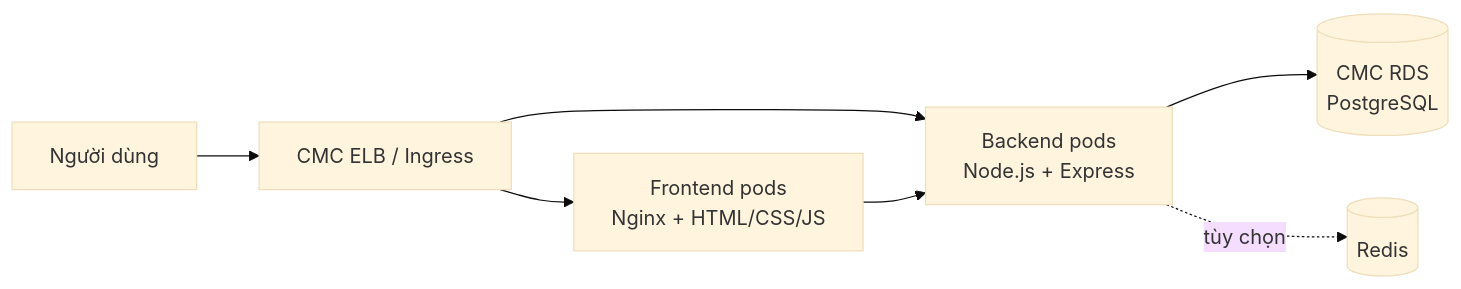
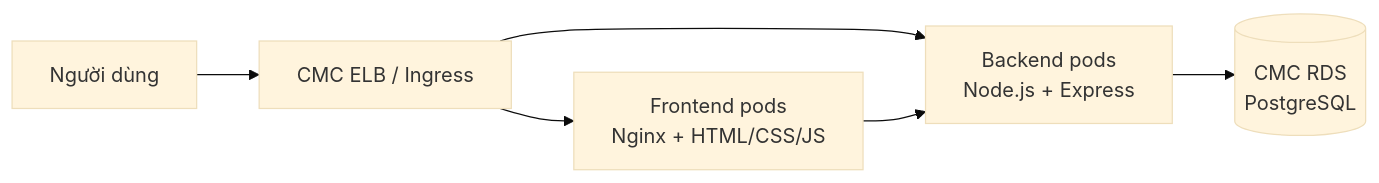
The diagram in README.md (zzzclone111/sport-booking), drawn with Mermaid (base theme) before and after one commit. The commit also changed other lines of this file and 1 other file, not shown here.

````diff
--- a/README.md
+++ b/README.md
@@ -9,9 +5,8 @@
 ```mermaid
 flowchart LR
   U[Người dùng] --> ELB[CMC ELB / Ingress]
   ELB --> FE[Frontend pods\nNginx + HTML/CSS/JS]
   ELB --> BE[Backend pods\nNode.js + Express]
   FE --> BE
   BE --> RDS[(CMC RDS\nPostgreSQL)]
-  BE -. tùy chọn .-> Redis[(Redis)]
 ```
````
